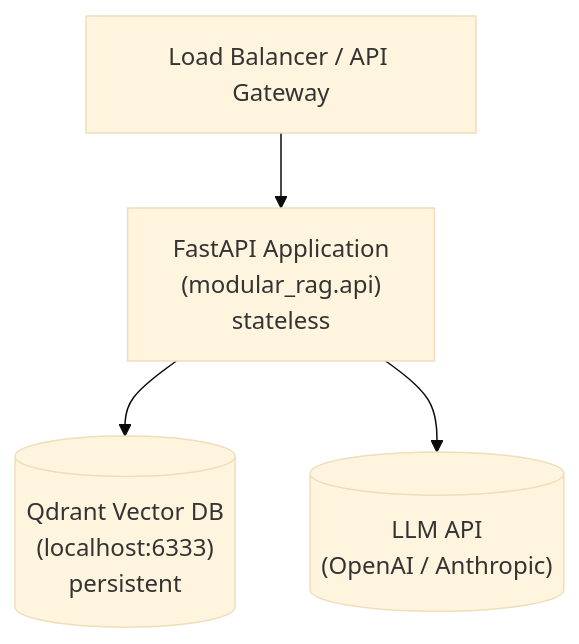
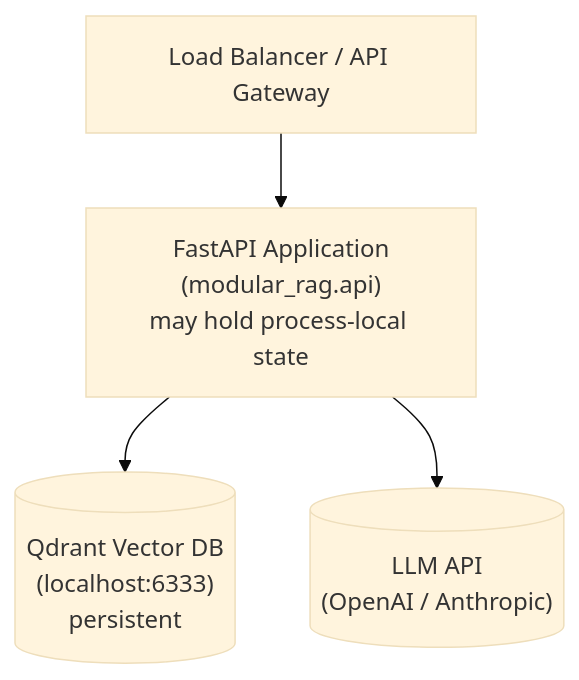
The diagram in docs/guides/deployment.md (HerbertGourout/modular-rag-framework), drawn with Mermaid before and after one commit. The commit also changed other lines of this file and 36 other files, not shown here.

````diff
--- a/docs/guides/deployment.md
+++ b/docs/guides/deployment.md
@@ -17,8 +18,8 @@
 ```mermaid
 %%{init: {"theme": "base"}}%%
 flowchart TD
     LB["Load Balancer / API Gateway"]
-    LB --> API["FastAPI Application\n(modular_rag.api)\nstateless"]
+    LB --> API["FastAPI Application\n(modular_rag.api)\nmay hold process-local state"]
     API --> Qdrant[("Qdrant Vector DB\n(localhost:6333)\npersistent")]
     API --> LLM[("LLM API\n(OpenAI / Anthropic)")]
 ```
````
